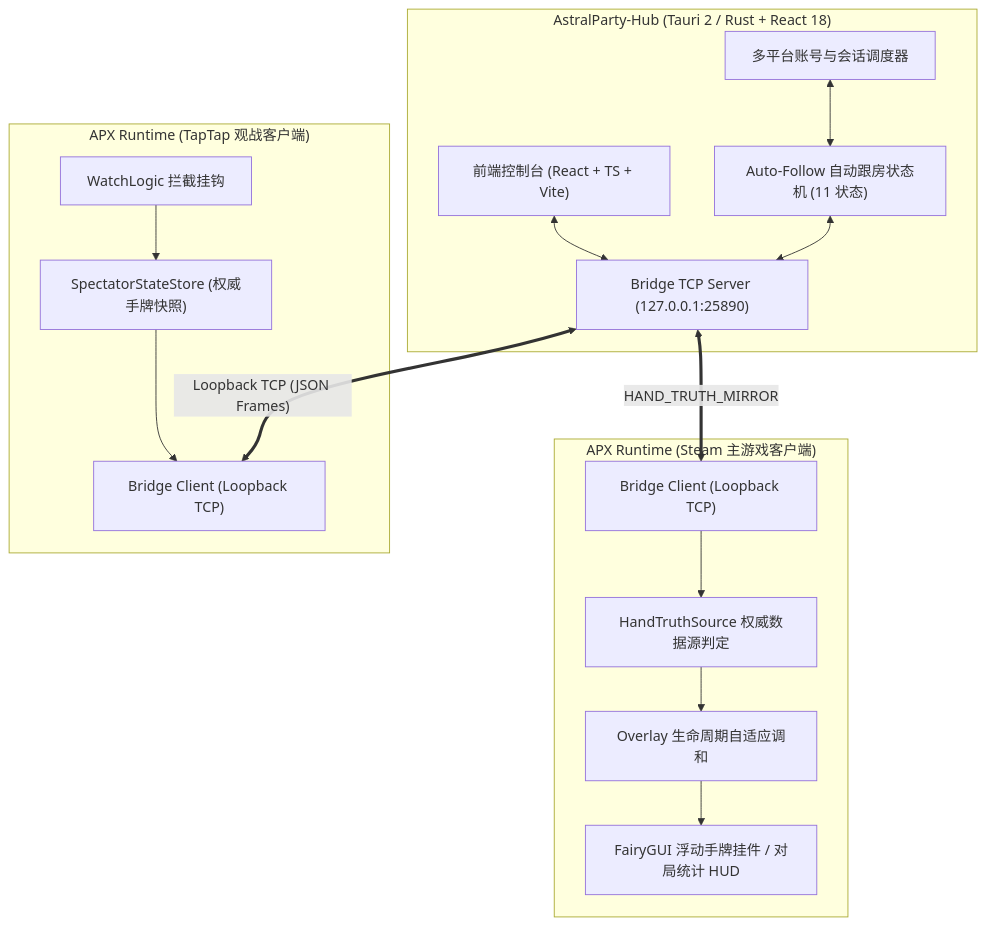
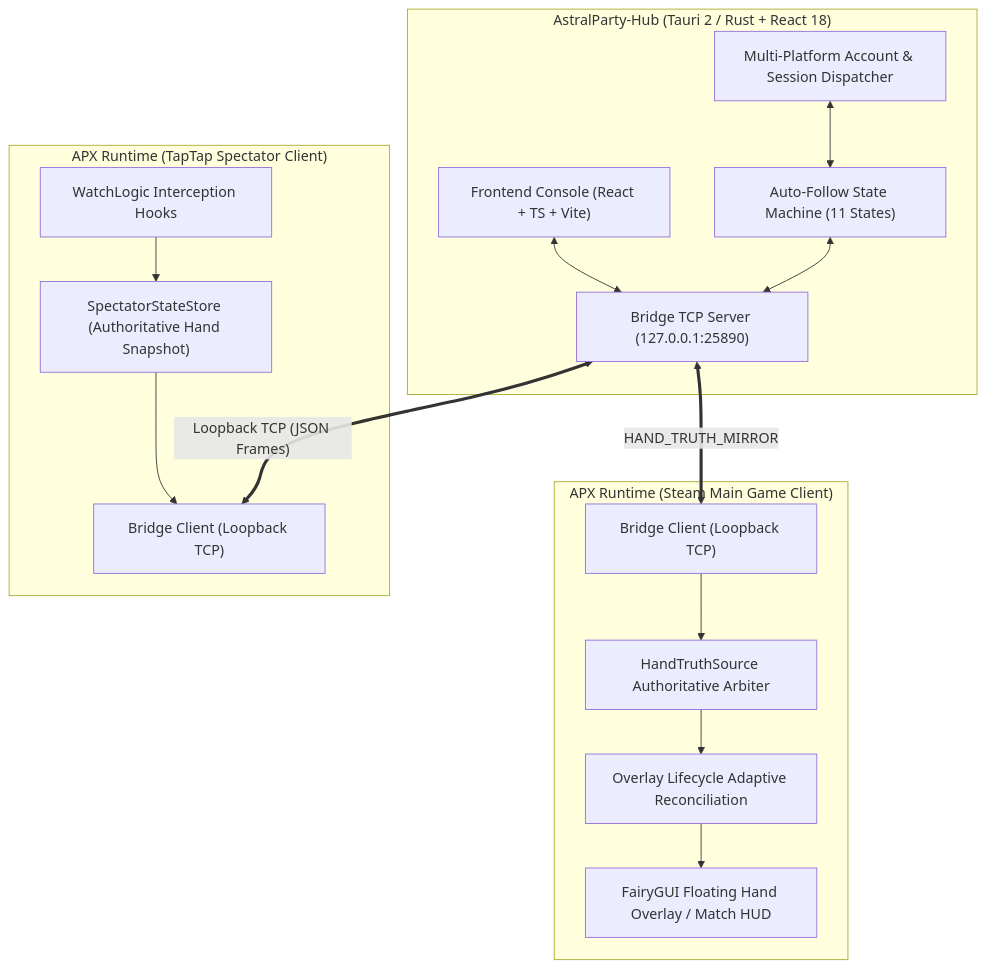
One commit to Breezecaresses/Xingshu-hub changed the diagram in README.md. Above: the diagram before and after it, drawn with Mermaid. The commit also changed other lines of this file and 1 other file, not shown here.

````diff
--- a/README.md
+++ b/README.md
@@ -29,33 +33,33 @@
 ```mermaid
 flowchart TD
     subgraph Hub["AstralParty-Hub (Tauri 2 / Rust + React 18)"]
-        UI["前端控制台 (React + TS + Vite)"]
-        FSM["Auto-Follow 自动跟房状态机 (11 状态)"]
+        UI["Frontend Console (React + TS + Vite)"]
+        FSM["Auto-Follow State Machine (11 States)"]
         TCPServer["Bridge TCP Server (127.0.0.1:25890)"]
-        AccountMgr["多平台账号与会话调度器"]
+        AccountMgr["Multi-Platform Account & Session Dispatcher"]
         UI <--> TCPServer
         FSM <--> TCPServer
         AccountMgr <--> FSM
     end
 
-    subgraph RuntimeSpectator["APX Runtime (TapTap 观战客户端)"]
-        SpecHook["WatchLogic 拦截挂钩"]
-        SpecStore["SpectatorStateStore (权威手牌快照)"]
+    subgraph RuntimeSpectator["APX Runtime (TapTap Spectator Client)"]
+        SpecHook["WatchLogic Interception Hooks"]
+        SpecStore["SpectatorStateStore (Authoritative Hand Snapshot)"]
         SpecBridge["Bridge Client (Loopback TCP)"]
         SpecHook --> SpecStore
         SpecStore --> SpecBridge
     end
 
-    subgraph RuntimeMain["APX Runtime (Steam 主游戏客户端)"]
+    subgraph RuntimeMain["APX Runtime (Steam Main Game Client)"]
         MainBridge["Bridge Client (Loopback TCP)"]
-        TruthSource["HandTruthSource 权威数据源判定"]
-        Reconcile["Overlay 生命周期自适应调和"]
-        FairyGUI["FairyGUI 浮动手牌挂件 / 对局统计 HUD"]
+        TruthSource["HandTruthSource Authoritative Arbiter"]
+        Reconcile["Overlay Lifecycle Adaptive Reconciliation"]
+        FairyGUI["FairyGUI Floating Hand Overlay / Match HUD"]
         MainBridge --> TruthSource
         TruthSource --> Reconcile
         Reconcile --> FairyGUI
     end
 
     TCPServer <== "Loopback TCP (JSON Frames)" ==> SpecBridge
     TCPServer <== "HAND_TRUTH_MIRROR" ==> MainBridge
 ```
````
